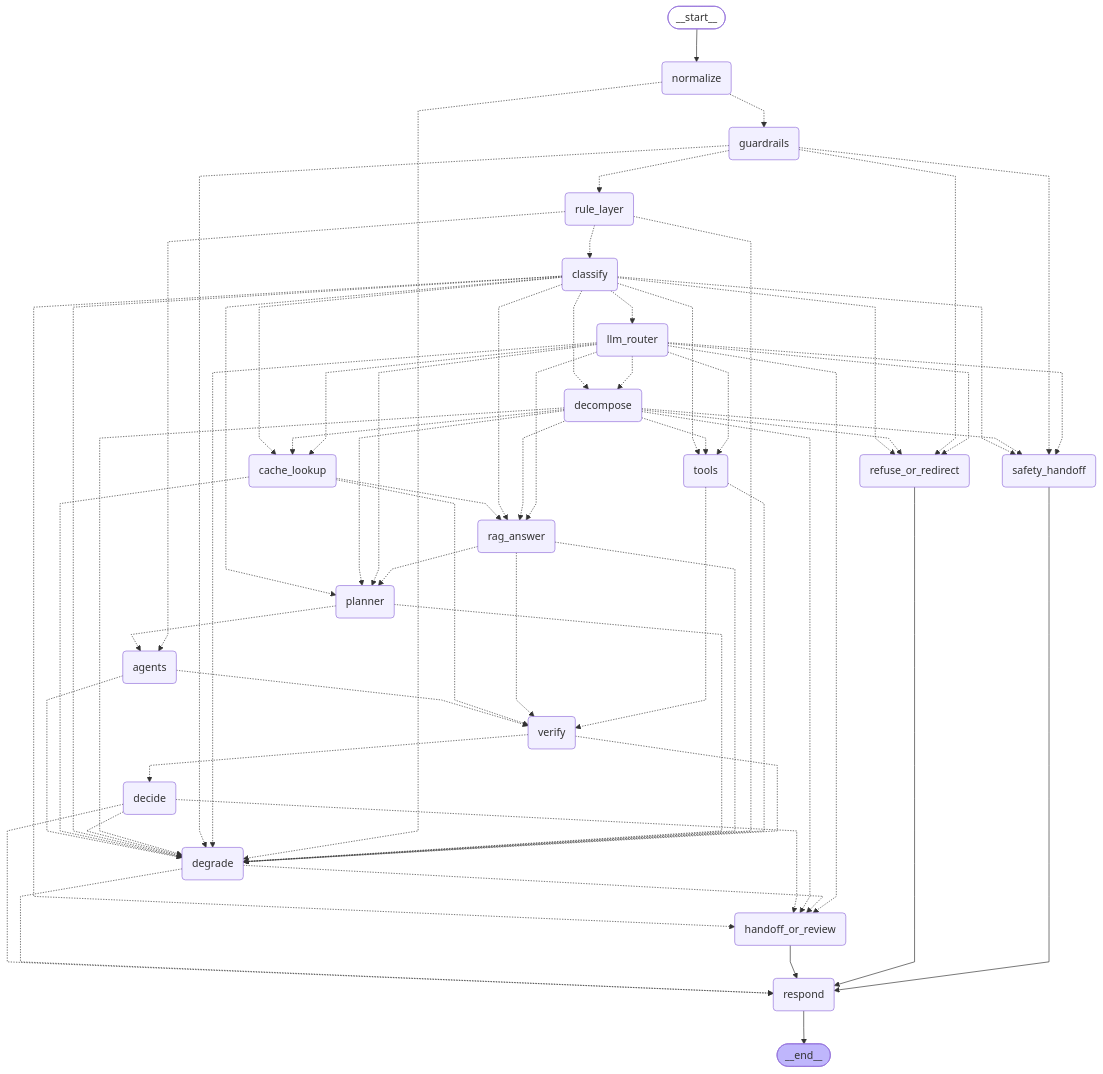
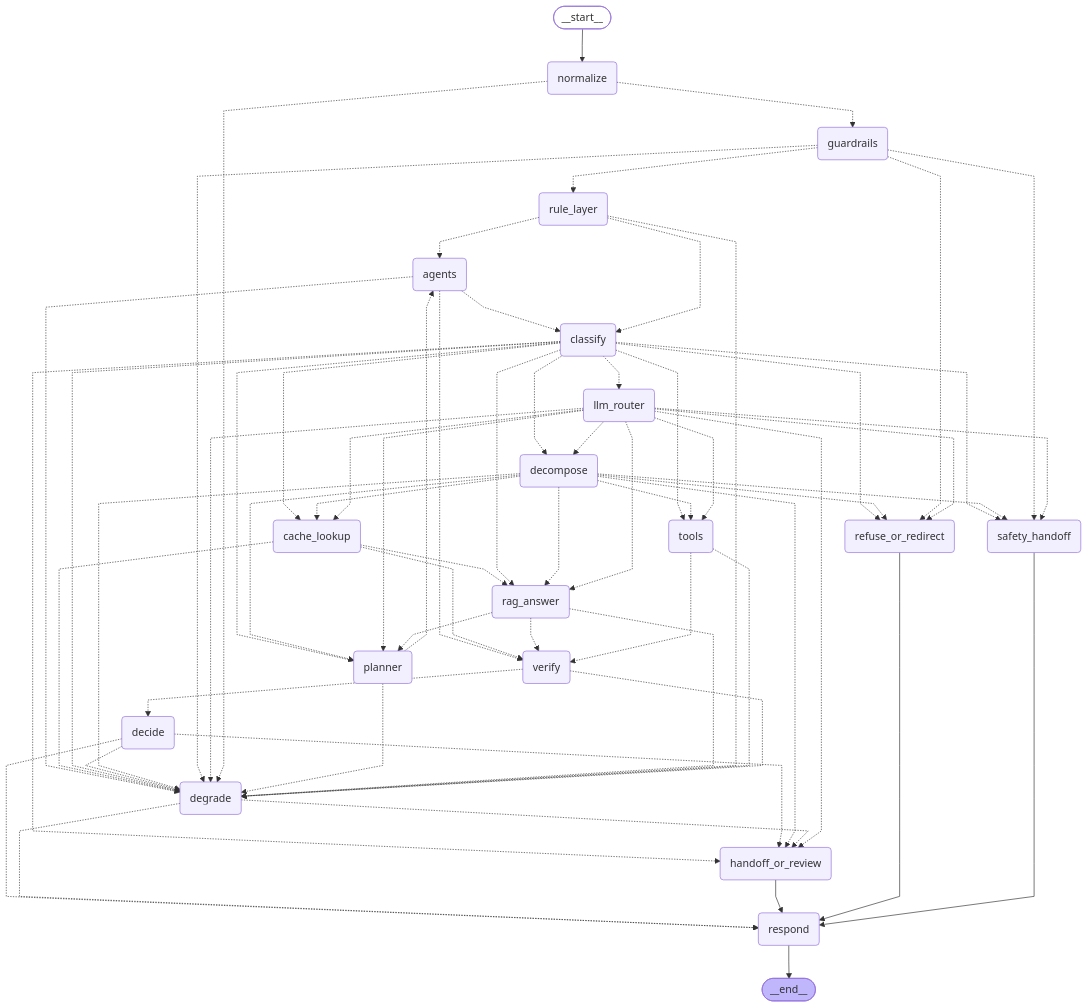
One commit to FreakForever/customer-service-poc changed the diagram in services/agent/app/orchestrator/graph.mmd. Above: the diagram before and after it, drawn with Mermaid. The commit also changed 29 other files, not shown here.

```diff
--- a/services/agent/app/orchestrator/graph.mmd
+++ b/services/agent/app/orchestrator/graph.mmd
@@ -1,89 +1,90 @@
 ---
 config:
   flowchart:
     curve: linear
 ---
 graph TD;
 	__start__([<p>__start__</p>]):::first
 	normalize(normalize)
 	guardrails(guardrails)
 	safety_handoff(safety_handoff)
 	refuse_or_redirect(refuse_or_redirect)
 	rule_layer(rule_layer)
 	classify(classify)
 	llm_router(llm_router)
 	decompose(decompose)
 	tools(tools)
 	cache_lookup(cache_lookup)
 	rag_answer(rag_answer)
 	planner(planner)
 	agents(agents)
 	verify(verify)
 	decide(decide)
 	handoff_or_review(handoff_or_review)
 	degrade(degrade)
 	respond(respond)
 	__end__([<p>__end__</p>]):::last
 	__start__ --> normalize;
+	agents -.-> classify;
 	agents -.-> degrade;
 	agents -.-> verify;
 	cache_lookup -.-> degrade;
 	cache_lookup -.-> rag_answer;
 	cache_lookup -.-> verify;
 	classify -.-> cache_lookup;
 	classify -.-> decompose;
 	classify -.-> degrade;
 	classify -.-> handoff_or_review;
 	classify -.-> llm_router;
 	classify -.-> planner;
 	classify -.-> rag_answer;
 	classify -.-> refuse_or_redirect;
 	classify -.-> safety_handoff;
 	classify -.-> tools;
 	decide -.-> degrade;
 	decide -.-> handoff_or_review;
 	decide -.-> respond;
 	decompose -.-> cache_lookup;
 	decompose -.-> degrade;
 	decompose -.-> handoff_or_review;
 	decompose -.-> planner;
 	decompose -.-> rag_answer;
 	decompose -.-> refuse_or_redirect;
 	decompose -.-> safety_handoff;
 	decompose -.-> tools;
 	degrade -.-> handoff_or_review;
 	degrade -.-> respond;
 	guardrails -.-> degrade;
 	guardrails -.-> refuse_or_redirect;
 	guardrails -.-> rule_layer;
 	guardrails -.-> safety_handoff;
 	handoff_or_review --> respond;
 	llm_router -.-> cache_lookup;
 	llm_router -.-> decompose;
 	llm_router -.-> degrade;
 	llm_router -.-> handoff_or_review;
 	llm_router -.-> planner;
 	llm_router -.-> rag_answer;
 	llm_router -.-> refuse_or_redirect;
 	llm_router -.-> safety_handoff;
 	llm_router -.-> tools;
 	normalize -.-> degrade;
 	normalize -.-> guardrails;
 	planner -.-> agents;
 	planner -.-> degrade;
 	rag_answer -.-> degrade;
 	rag_answer -.-> planner;
 	rag_answer -.-> verify;
 	refuse_or_redirect --> respond;
 	rule_layer -.-> agents;
 	rule_layer -.-> classify;
 	rule_layer -.-> degrade;
 	safety_handoff --> respond;
 	tools -.-> degrade;
 	tools -.-> verify;
 	verify -.-> decide;
 	verify -.-> degrade;
 	respond --> __end__;
 	classDef default fill:#f2f0ff,line-height:1.2
 	classDef first fill-opacity:0
 	classDef last fill:#bfb6fc
```
